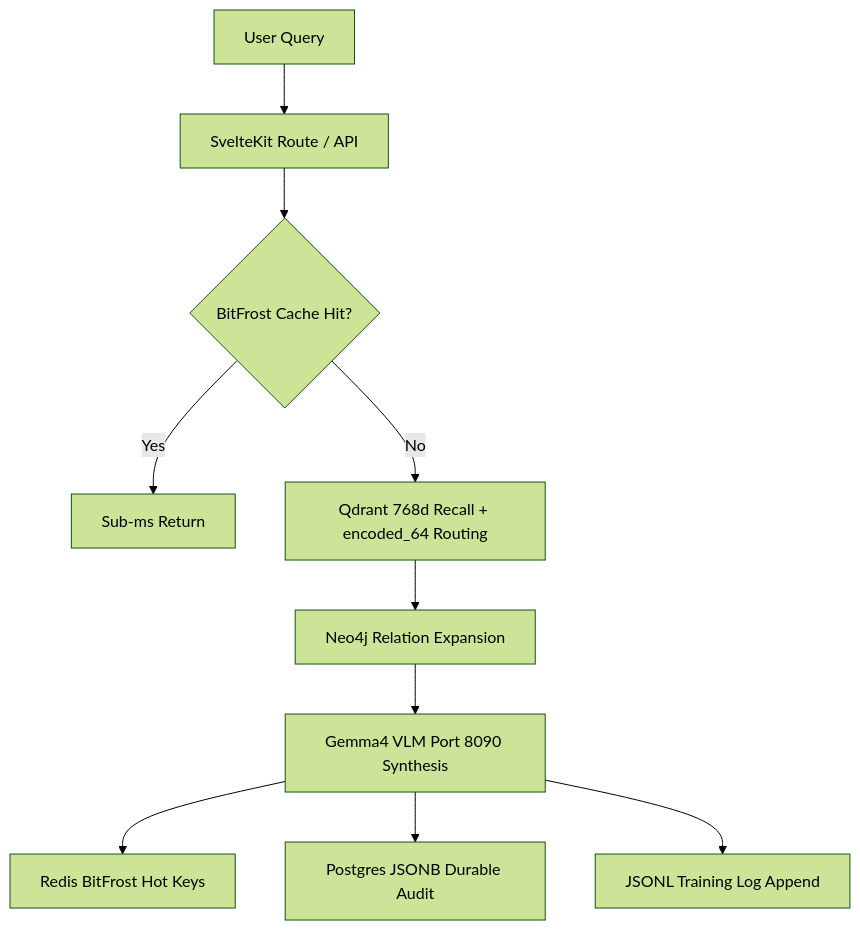
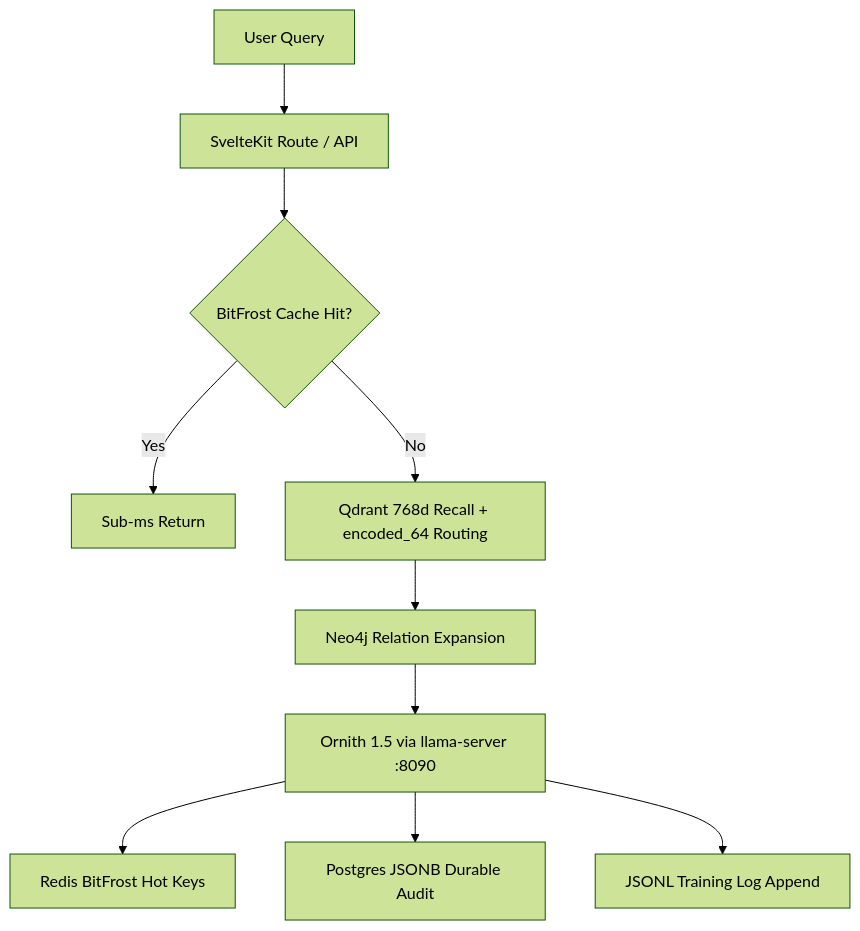
The diagram in docs/architecture/llm-synthesis-memory-policy.md (semaj90/deeds_web_app), drawn with Mermaid (forest theme) before and after one commit. The commit also changed other lines of this file and 455 other files, not shown here.

````diff
--- a/docs/architecture/llm-synthesis-memory-policy.md
+++ b/docs/architecture/llm-synthesis-memory-policy.md
@@ -39,12 +39,12 @@
 ```mermaid
 graph TD
     UserQuery[User Query] --> SKRoute[SvelteKit Route / API]
     SKRoute --> RedisCheck{BitFrost Cache Hit?}
     RedisCheck -- Yes --> ReturnCache[Sub-ms Return]
     RedisCheck -- No --> VectorRecall[Qdrant 768d Recall + encoded_64 Routing]
     VectorRecall --> GraphExpand[Neo4j Relation Expansion]
-    GraphExpand --> ModelGen[Gemma4 VLM Port 8090 Synthesis]
+    GraphExpand --> ModelGen[Ornith 1.5 via llama-server :8090]
     ModelGen --> WriteHot[Redis BitFrost Hot Keys]
     ModelGen --> WriteDurable[Postgres JSONB Durable Audit]
     ModelGen --> AppendJSONL[JSONL Training Log Append]
 ```
````
